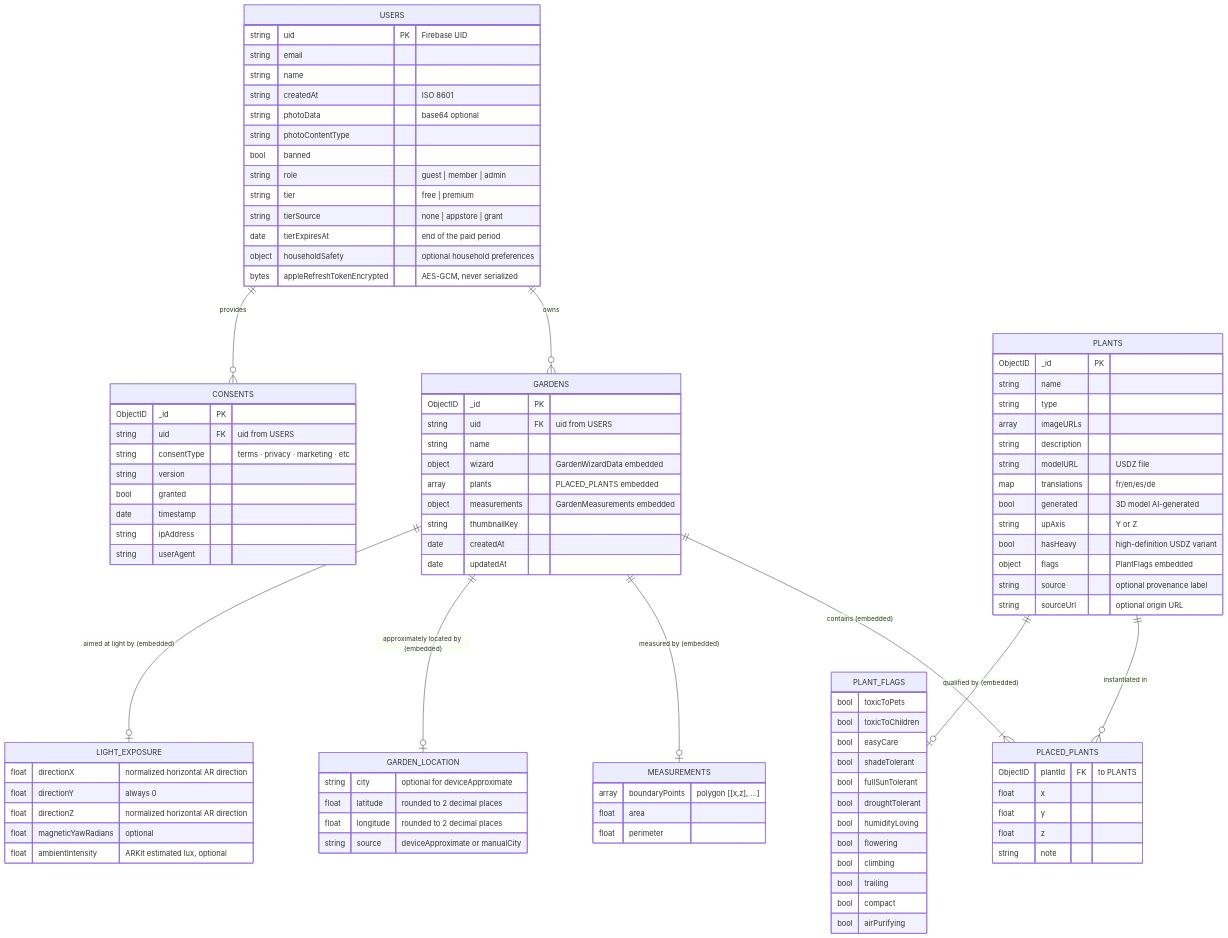
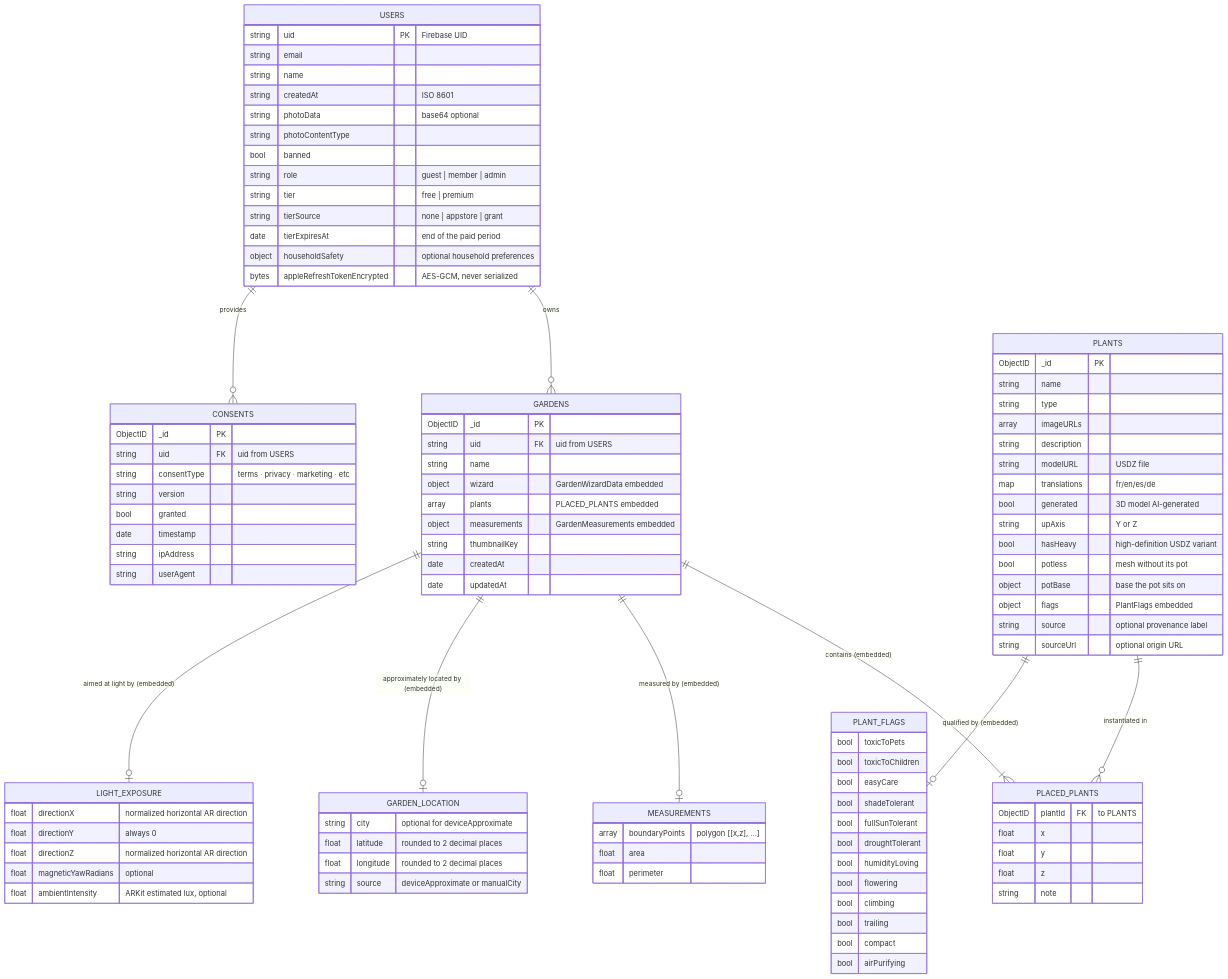
Before and after one commit to ArboreTeam/Arbore: the diagram in docs/en/architecture/04-data-model.md, drawn with Mermaid. The commit also changed other lines of this file and 6 other files, not shown here.

```diff
--- a/docs/en/architecture/04-data-model.md
+++ b/docs/en/architecture/04-data-model.md
@@ -46,6 +46,8 @@
         bool   generated "3D model AI-generated"
         string upAxis "Y or Z"
         bool   hasHeavy "high-definition USDZ variant"
+        bool   potless "mesh without its pot"
+        object potBase "base the pot sits on"
         object flags "PlantFlags embedded"
         string source "optional provenance label"
         string sourceUrl "optional origin URL"
```
